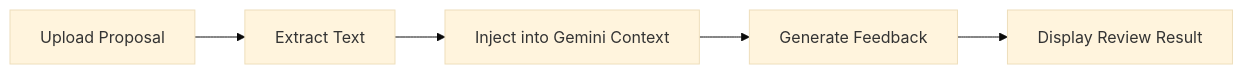
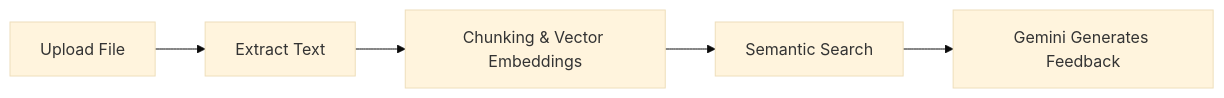
The first of 2 diagrams in README.md (luckymalombeke/system-konsulku), drawn with Mermaid (base theme) before and after one commit. The commit also changed other lines of this file and 7 other files, not shown here.

First line of the commit message:
feat(ai): implement vector RAG, dual-LLM architecture, and PDF support

````diff
--- a/README.md
+++ b/README.md
@@ -45,7 +45,7 @@
 ```mermaid
 graph LR
-    A[Upload Proposal] --> B[Extract Text]
-    B --> C[Inject into Gemini Context]
-    C --> D[Generate Feedback]
-    D --> E[Display Review Result]
+    A[Upload File] --> B[Extract Text]
+    B --> C[Chunking & Vector Embeddings]
+    C --> D[Semantic Search]
+    D --> E[Gemini Generates Feedback]
 ```
````
